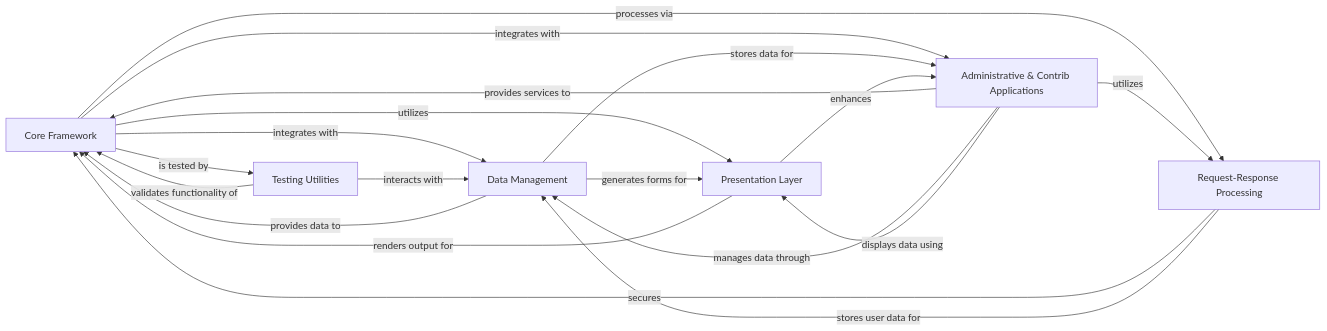
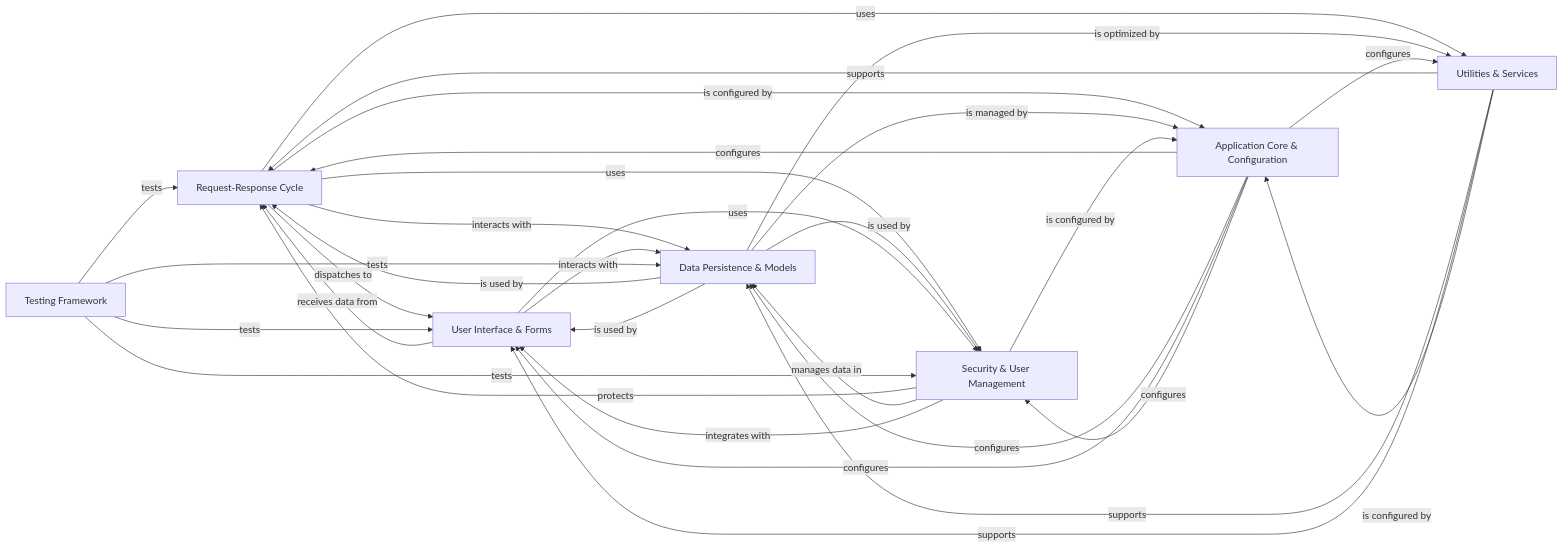
Before and after one commit to CodeBoarding/GeneratedOnBoardings: the diagram in django/on_boarding.md, drawn with Mermaid. The commit also changed other lines of this file and 13 other files, not shown here.

````diff
--- a/django/on_boarding.md
+++ b/django/on_boarding.md
@@ -1,33 +1,47 @@
 ```mermaid
 graph LR
-    Core_Framework["Core Framework"]
-    Data_Management["Data Management"]
-    Presentation_Layer["Presentation Layer"]
-    Request_Response_Processing["Request-Response Processing"]
-    Administrative_Contrib_Applications["Administrative & Contrib Applications"]
-    Testing_Utilities["Testing Utilities"]
-    Core_Framework -- "integrates with" --> Data_Management
-    Data_Management -- "provides data to" --> Core_Framework
-    Core_Framework -- "utilizes" --> Presentation_Layer
-    Presentation_Layer -- "renders output for" --> Core_Framework
-    Core_Framework -- "processes via" --> Request_Response_Processing
-    Request_Response_Processing -- "secures" --> Core_Framework
-    Core_Framework -- "integrates with" --> Administrative_Contrib_Applications
-    Administrative_Contrib_Applications -- "provides services to" --> Core_Framework
-    Core_Framework -- "is tested by" --> Testing_Utilities
-    Testing_Utilities -- "validates functionality of" --> Core_Framework
-    Data_Management -- "generates forms for" --> Presentation_Layer
-    Administrative_Contrib_Applications -- "manages data through" --> Data_Management
-    Data_Management -- "stores data for" --> Administrative_Contrib_Applications
-    Request_Response_Processing -- "stores user data for" --> Data_Management
-    Administrative_Contrib_Applications -- "displays data using" --> Presentation_Layer
-    Presentation_Layer -- "enhances" --> Administrative_Contrib_Applications
-    Administrative_Contrib_Applications -- "utilizes" --> Request_Response_Processing
-    Testing_Utilities -- "interacts with" --> Data_Management
-    click Core_Framework href "https://github.com/CodeBoarding/GeneratedOnBoardings/blob/main/django/Core Framework.md" "Details"
-    click Data_Management href "https://github.com/CodeBoarding/GeneratedOnBoardings/blob/main/django/Data Management.md" "Details"
-    click Presentation_Layer href "https://github.com/CodeBoarding/GeneratedOnBoardings/blob/main/django/Presentation Layer.md" "Details"
-    click Request_Response_Processing href "https://github.com/CodeBoarding/GeneratedOnBoardings/blob/main/django/Request-Response Processing.md" "Details"
-    click Administrative_Contrib_Applications href "https://github.com/CodeBoarding/GeneratedOnBoardings/blob/main/django/Administrative & Contrib Applications.md" "Details"
-    click Testing_Utilities href "https://github.com/CodeBoarding/GeneratedOnBoardings/blob/main/django/Testing Utilities.md" "Details"
+    Request_Response_Cycle["Request-Response Cycle"]
+    Data_Persistence_Models["Data Persistence & Models"]
+    User_Interface_Forms["User Interface & Forms"]
+    Application_Core_Configuration["Application Core & Configuration"]
+    Security_User_Management["Security & User Management"]
+    Utilities_Services["Utilities & Services"]
+    Testing_Framework["Testing Framework"]
+    Request_Response_Cycle -- "dispatches to" --> User_Interface_Forms
+    User_Interface_Forms -- "receives data from" --> Request_Response_Cycle
+    Request_Response_Cycle -- "interacts with" --> Data_Persistence_Models
+    Data_Persistence_Models -- "is used by" --> Request_Response_Cycle
+    Request_Response_Cycle -- "uses" --> Security_User_Management
+    Security_User_Management -- "protects" --> Request_Response_Cycle
+    Request_Response_Cycle -- "is configured by" --> Application_Core_Configuration
+    Application_Core_Configuration -- "configures" --> Request_Response_Cycle
+    Request_Response_Cycle -- "uses" --> Utilities_Services
+    Utilities_Services -- "supports" --> Request_Response_Cycle
+    Data_Persistence_Models -- "is used by" --> User_Interface_Forms
+    User_Interface_Forms -- "interacts with" --> Data_Persistence_Models
+    Data_Persistence_Models -- "is used by" --> Security_User_Management
+    Security_User_Management -- "manages data in" --> Data_Persistence_Models
+    Data_Persistence_Models -- "is managed by" --> Application_Core_Configuration
+    Application_Core_Configuration -- "configures" --> Data_Persistence_Models
+    Data_Persistence_Models -- "is optimized by" --> Utilities_Services
+    Utilities_Services -- "supports" --> Data_Persistence_Models
+    User_Interface_Forms -- "uses" --> Security_User_Management
+    Security_User_Management -- "integrates with" --> User_Interface_Forms
+    Application_Core_Configuration -- "configures" --> User_Interface_Forms
+    Utilities_Services -- "supports" --> User_Interface_Forms
+    Application_Core_Configuration -- "configures" --> Security_User_Management
+    Security_User_Management -- "is configured by" --> Application_Core_Configuration
+    Application_Core_Configuration -- "configures" --> Utilities_Services
+    Utilities_Services -- "is configured by" --> Application_Core_Configuration
+    Testing_Framework -- "tests" --> Request_Response_Cycle
+    Testing_Framework -- "tests" --> Data_Persistence_Models
+    Testing_Framework -- "tests" --> User_Interface_Forms
+    Testing_Framework -- "tests" --> Security_User_Management
+    click Request_Response_Cycle href "https://github.com/CodeBoarding/GeneratedOnBoardings/blob/main/django/Request-Response Cycle.md" "Details"
+    click Data_Persistence_Models href "https://github.com/CodeBoarding/GeneratedOnBoardings/blob/main/django/Data Persistence & Models.md" "Details"
+    click User_Interface_Forms href "https://github.com/CodeBoarding/GeneratedOnBoardings/blob/main/django/User Interface & Forms.md" "Details"
+    click Application_Core_Configuration href "https://github.com/CodeBoarding/GeneratedOnBoardings/blob/main/django/Application Core & Configuration.md" "Details"
+    click Security_User_Management href "https://github.com/CodeBoarding/GeneratedOnBoardings/blob/main/django/Security & User Management.md" "Details"
+    click Utilities_Services href "https://github.com/CodeBoarding/GeneratedOnBoardings/blob/main/django/Utilities & Services.md" "Details"
+    click Testing_Framework href "https://github.com/CodeBoarding/GeneratedOnBoardings/blob/main/django/Testing Framework.md" "Details"
 ```
````
